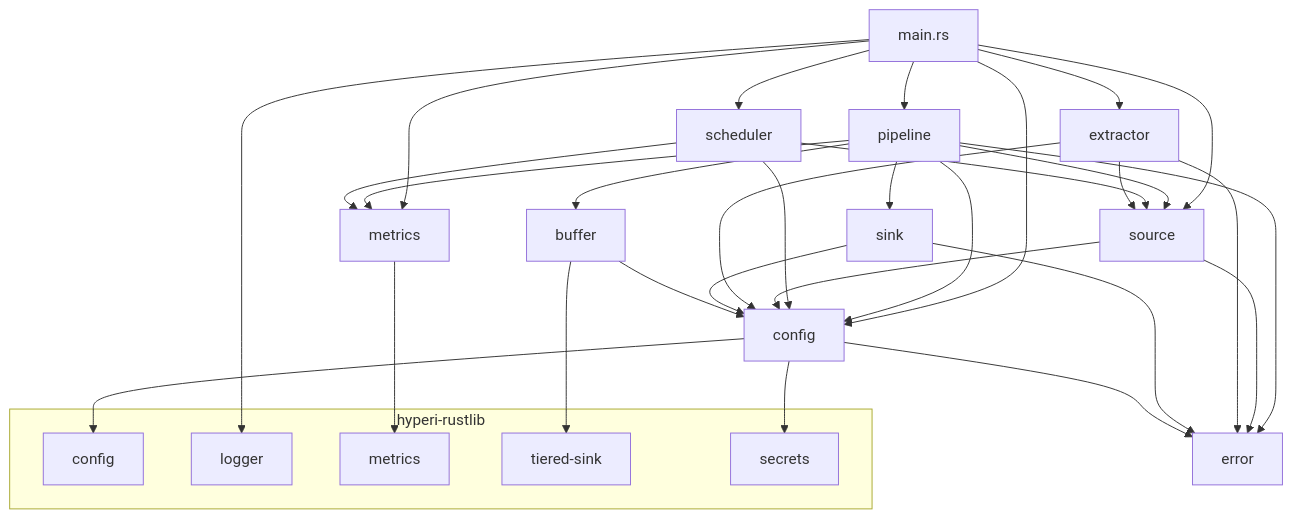
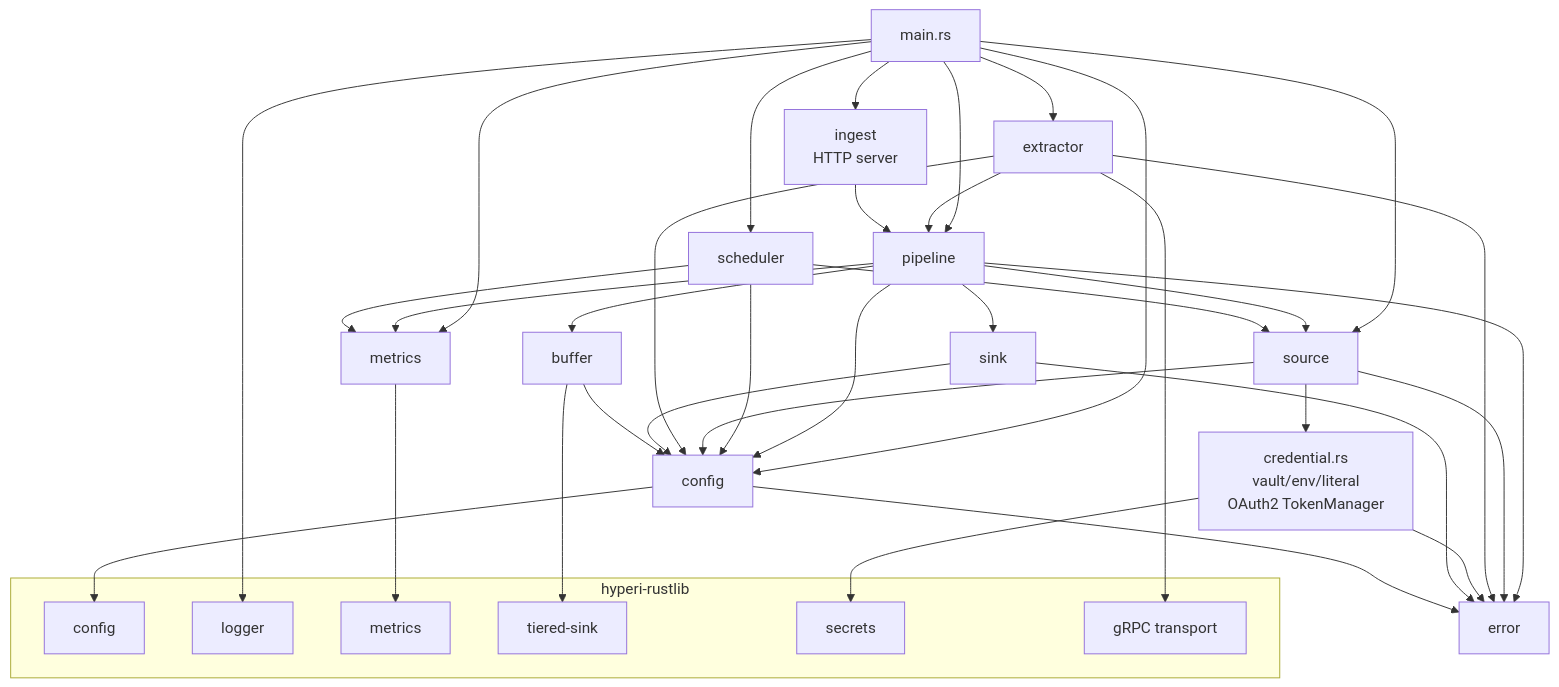
One commit to hyperi-io/dfe-fetcher changed the eighth of 8 diagrams in docs/DESIGN.md. Above: the diagram before and after it, drawn with Mermaid. The commit also changed 31 other files, not shown here.

````diff
--- a/docs/DESIGN.md
+++ b/docs/DESIGN.md
@@ -232,48 +232,56 @@
 ```mermaid
 graph TD
     main[main.rs] --> config
     main --> metrics
     main --> pipeline
     main --> scheduler
     main --> source
     main --> extractor
+    main --> ingest
 
     pipeline --> config
     pipeline --> metrics
     pipeline --> sink
     pipeline --> buffer
     pipeline --> source
     pipeline --> error
 
     scheduler --> config
     scheduler --> metrics
     scheduler --> source
 
     source --> config
+    source --> credential
     source --> error
 
     extractor --> config
     extractor --> error
-    extractor --> source
+    extractor --> pipeline
+
+    ingest[ingest<br>HTTP server] --> pipeline
+
+    credential[credential.rs<br>vault/env/literal<br>OAuth2 TokenManager] --> error
 
     sink --> config
     sink --> error
 
     buffer --> config
 
     config --> error
 
     subgraph "hyperi-rustlib"
         rustlib_config[config]
         rustlib_logger[logger]
         rustlib_metrics[metrics]
         rustlib_tiered[tiered-sink]
         rustlib_secrets[secrets]
+        rustlib_transport[gRPC transport]
     end
 
     config --> rustlib_config
     main --> rustlib_logger
     metrics --> rustlib_metrics
     buffer --> rustlib_tiered
-    config --> rustlib_secrets
+    credential --> rustlib_secrets
+    extractor --> rustlib_transport
 ```
````
